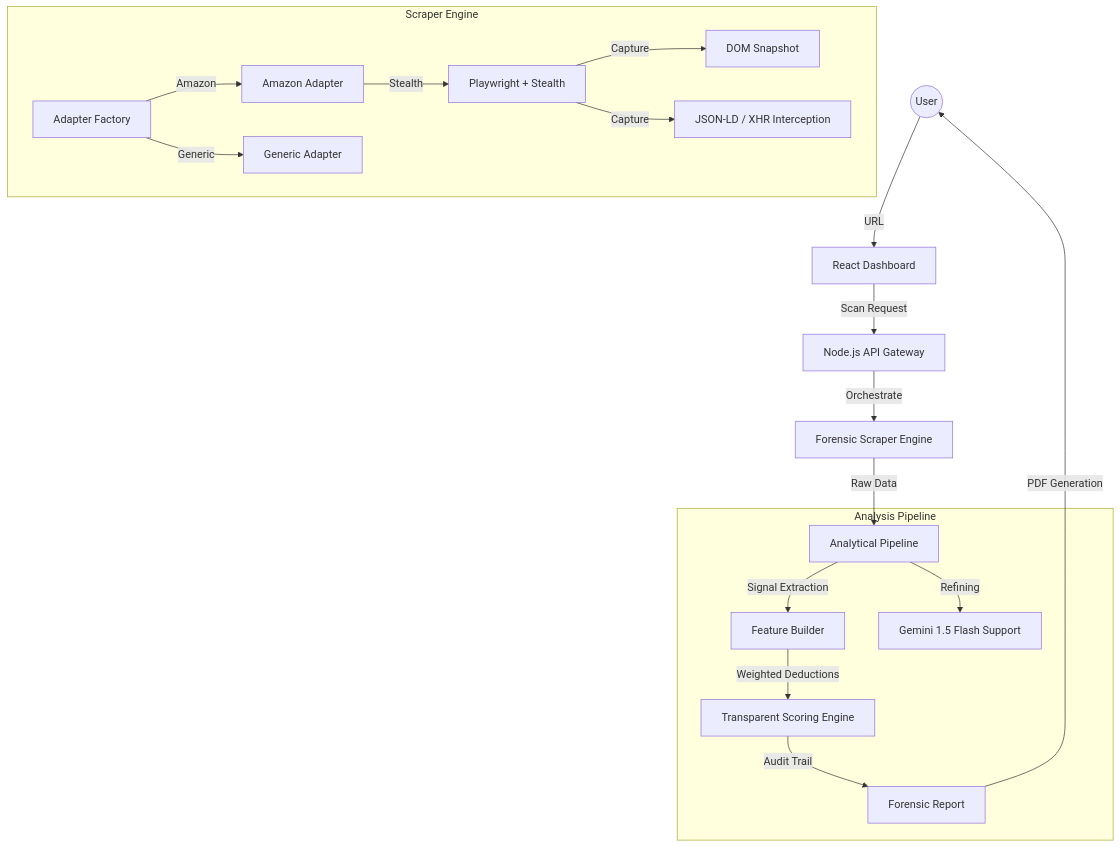
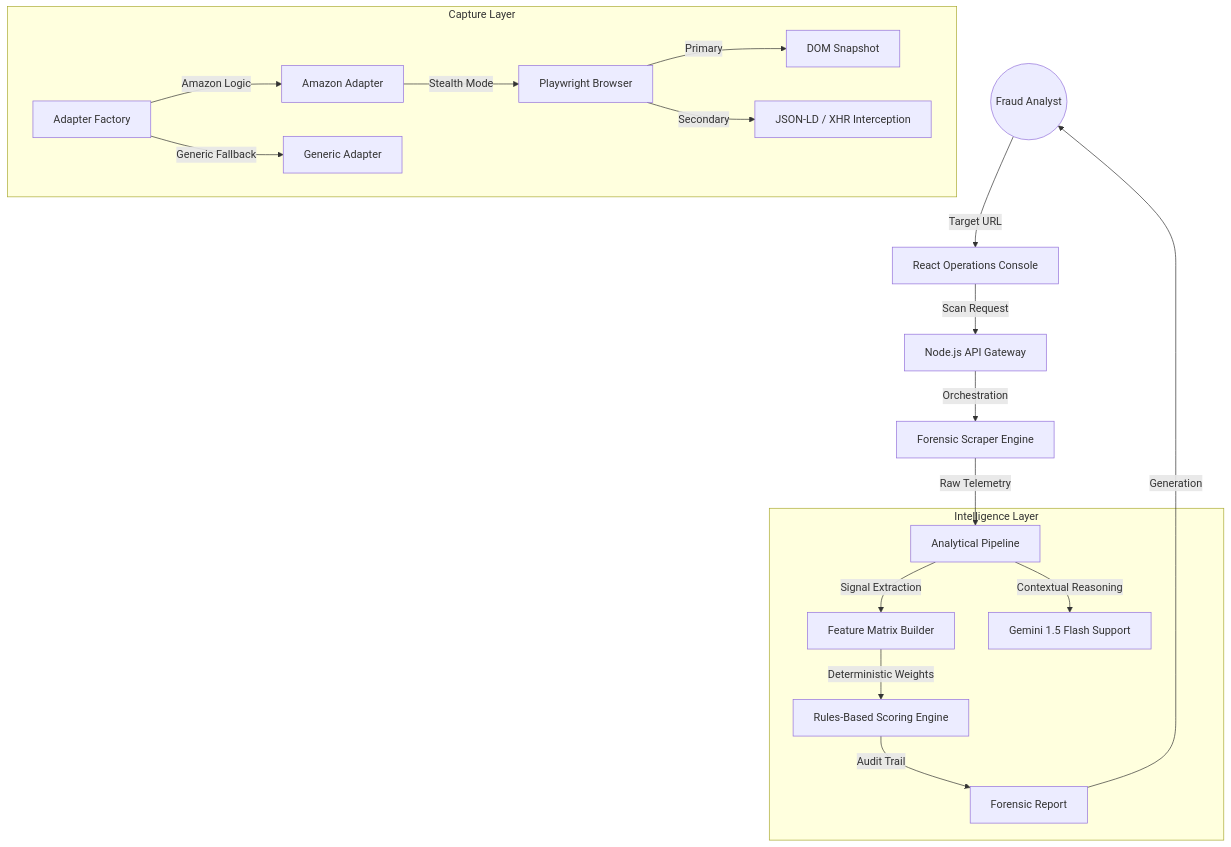
One commit to pintukumar916206-ops/AUTHENTICATION changed the diagram in README.md. Above: the diagram before and after it, drawn with Mermaid. The commit also changed other lines of this file and 8 other files, not shown here.

Commit message:
Executive Overhaul: Ops Console, Defensible Trust Engine, and Executive PDF Strategy

````diff
--- a/README.md
+++ b/README.md
@@ -13,25 +14,25 @@
 ```mermaid
 graph TD
-    User((User)) -->|URL| Frontend[React Dashboard]
+    User((Fraud Analyst)) -->|Target URL| Frontend[React Operations Console]
     Frontend -->|Scan Request| API[Node.js API Gateway]
-    API -->|Orchestrate| Scraper[Forensic Scraper Engine]
+    API -->|Orchestration| Scraper[Forensic Scraper Engine]
     
-    subgraph Scraper Engine
-        AdapterFactory[Adapter Factory] -->|Amazon| AmzAdapter[Amazon Adapter]
-        AdapterFactory -->|Generic| GenAdapter[Generic Adapter]
-        AmzAdapter -->|Stealth| Playwright[Playwright + Stealth]
-        Playwright -->|Capture| DOM[DOM Snapshot]
-        Playwright -->|Capture| XHR[JSON-LD / XHR Interception]
+    subgraph Capture Layer
+        AdapterFactory[Adapter Factory] -->|Amazon Logic| AmzAdapter[Amazon Adapter]
+        AdapterFactory -->|Generic Fallback| GenAdapter[Generic Adapter]
+        AmzAdapter -->|Stealth Mode| Playwright[Playwright Browser]
+        Playwright -->|Primary| DOM[DOM Snapshot]
+        Playwright -->|Secondary| XHR[JSON-LD / XHR Interception]
     end
     
-    Scraper -->|Raw Data| Analysis[Analytical Pipeline]
+    Scraper -->|Raw Telemetry| Analysis[Analytical Pipeline]
     
-    subgraph Analysis Pipeline
-        Analysis -->|Signal Extraction| Features[Feature Builder]
-        Features -->|Weighted Deductions| Scoring[Transparent Scoring Engine]
+    subgraph Intelligence Layer
+        Analysis -->|Signal Extraction| Features[Feature Matrix Builder]
+        Features -->|Deterministic Weights| Scoring[Rules-Based Scoring Engine]
         Scoring -->|Audit Trail| Report[Forensic Report]
-        Analysis -->|Refining| Gemini[Gemini 1.5 Flash Support]
+        Analysis -->|Contextual Reasoning| Gemini[Gemini 1.5 Flash Support]
     end
     
-    Report -->|PDF Generation| User
+    Report -->|Generation| User
 ```
````
